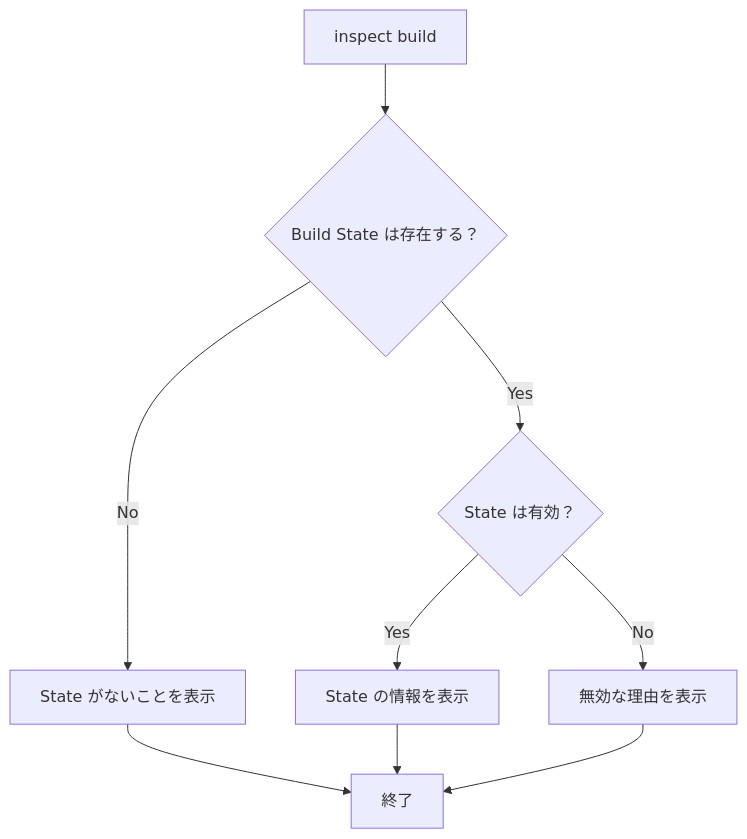
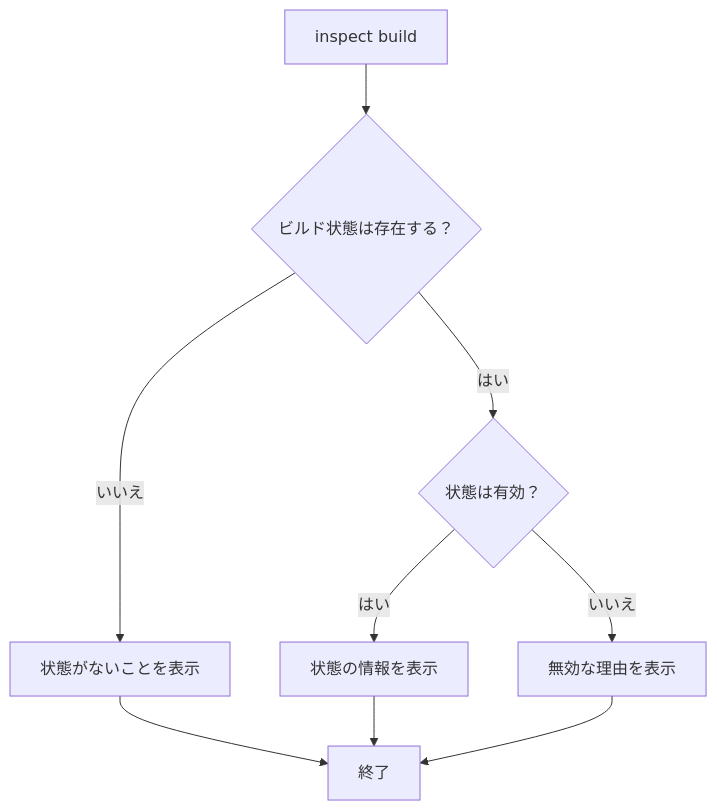
One commit to Rerurate514/riebeckite changed the third of 4 diagrams in docs/docs/framework/inspector.ja.md. Above: the diagram before and after it, drawn with Mermaid. The commit also changed other lines of this file and 310 other files, not shown here.

````diff
--- a/docs/docs/framework/inspector.ja.md
+++ b/docs/docs/framework/inspector.ja.md
@@ -150,16 +150,16 @@
 ```mermaid id="25a2uw"
 flowchart TD
     A["inspect build"]
-    B{"Build State は存在する？"}
+    B{"ビルド状態は存在する？"}
 
     A --> B
-    B -->|Yes| C{"State は有効？"}
-    B -->|No| D["State がないことを表示"]
+    B -->|はい| C{"状態は有効？"}
+    B -->|いいえ| D["状態がないことを表示"]
 
-    C -->|Yes| E["State の情報を表示"]
-    C -->|No| F["無効な理由を表示"]
+    C -->|はい| E["状態の情報を表示"]
+    C -->|いいえ| F["無効な理由を表示"]
 
     D --> G["終了"]
     E --> G
     F --> G
 ```
````
